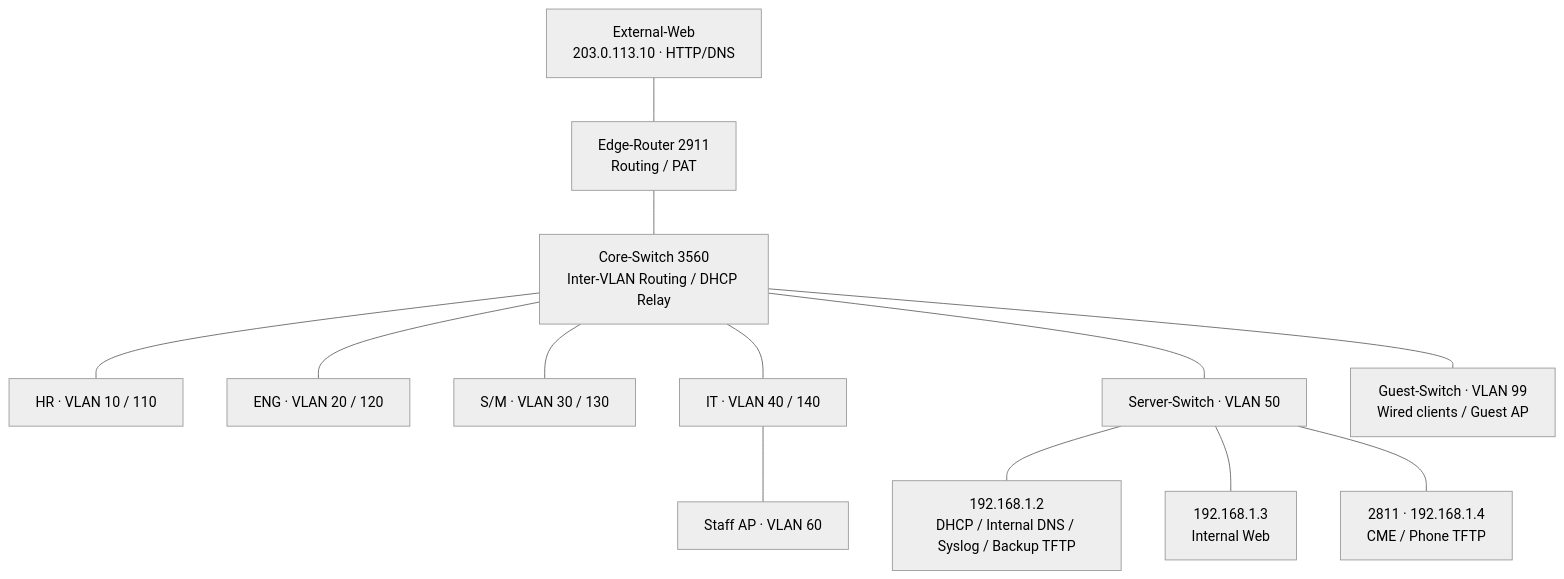
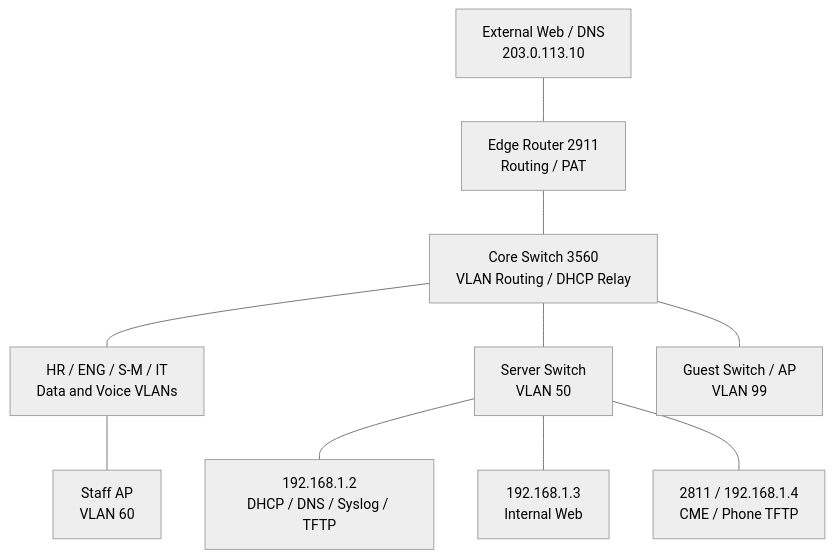
One commit to junuiui/network-infrastructure-lab changed the diagram in docs/architecture.md. Above: the diagram before and after it, drawn with Mermaid (neutral theme). The commit also changed other lines of this file and 14 other files, not shown here.

````diff
--- a/docs/architecture.md
+++ b/docs/architecture.md
@@ -31,28 +28,22 @@
 ```mermaid
 flowchart TB
-  EXT["External-Web<br/>203.0.113.10 · HTTP/DNS"]
-  EDGE["Edge-Router 2911<br/>Routing / PAT"]
-  CORE["Core-Switch 3560<br/>Inter-VLAN Routing / DHCP Relay"]
-  HR["HR · VLAN 10 / 110"]
-  ENG["ENG · VLAN 20 / 120"]
-  SM["S/M · VLAN 30 / 130"]
-  IT["IT · VLAN 40 / 140"]
-  STAFF["Staff AP · VLAN 60"]
-  SERVER["Server-Switch · VLAN 50"]
-  DHCP["192.168.1.2<br/>DHCP / Internal DNS / Syslog / Backup TFTP"]
+  EXT["External Web / DNS<br/>203.0.113.10"]
+  EDGE["Edge Router 2911<br/>Routing / PAT"]
+  CORE["Core Switch 3560<br/>VLAN Routing / DHCP Relay"]
+  DEPT["HR / ENG / S-M / IT<br/>Data and Voice VLANs"]
+  STAFF["Staff AP<br/>VLAN 60"]
+  SERVER["Server Switch<br/>VLAN 50"]
+  DHCP["192.168.1.2<br/>DHCP / DNS / Syslog / TFTP"]
   WEB["192.168.1.3<br/>Internal Web"]
-  VOICE["2811 · 192.168.1.4<br/>CME / Phone TFTP"]
-  GUEST["Guest-Switch · VLAN 99<br/>Wired clients / Guest AP"]
+  VOICE["2811 / 192.168.1.4<br/>CME / Phone TFTP"]
+  GUEST["Guest Switch / AP<br/>VLAN 99"]
   EXT --- EDGE
   EDGE --- CORE
-  CORE --- HR
-  CORE --- ENG
-  CORE --- SM
-  CORE --- IT
-  IT --- STAFF
+  CORE --- DEPT
+  DEPT --- STAFF
   CORE --- SERVER
   SERVER --- DHCP
   SERVER --- WEB
   SERVER --- VOICE
   CORE --- GUEST
 ```
````
